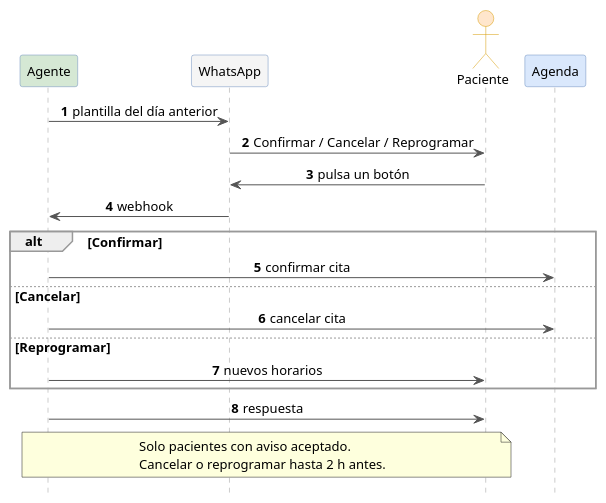
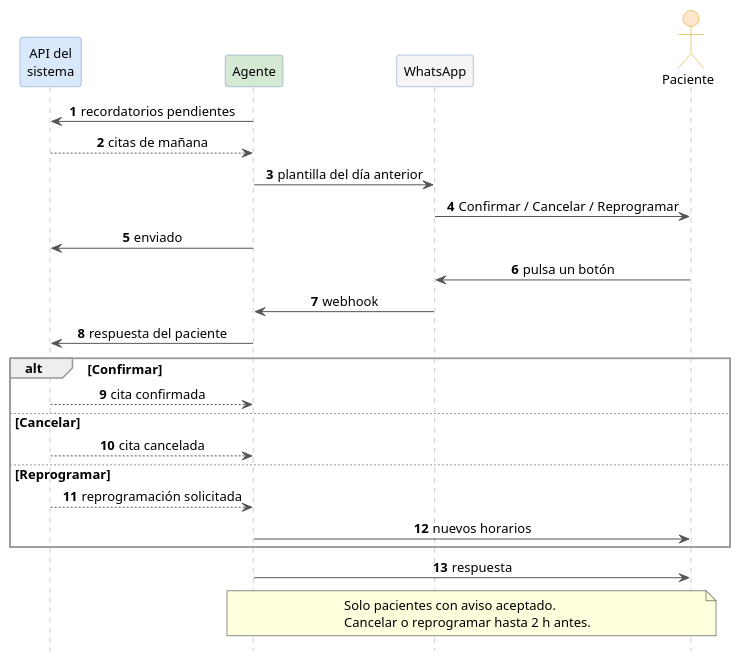
One commit to JaviFiallos/bachelor-latex-thesis changed the diagram in diagramas/plantuml/secuencia_recordatorio.puml. Above: the diagram before and after it, drawn with PlantUML. The commit also changed 71 other files, not shown here.

```diff
--- a/diagramas/plantuml/secuencia_recordatorio.puml
+++ b/diagramas/plantuml/secuencia_recordatorio.puml
@@ -1,37 +1,42 @@
 @startuml secuencia_recordatorio
 skinparam shadowing false
 skinparam backgroundColor white
 skinparam defaultFontName Arial
 skinparam defaultFontSize 13
 skinparam sequenceMessageAlign center
 skinparam ArrowColor #555555
 skinparam sequence {
   LifeLineBorderColor #999999
   ParticipantBorderColor #6C8EBF
   ParticipantBackgroundColor #DAE8FC
   ActorBorderColor #D79B00
   ActorBackgroundColor #FFE6CC
   GroupBorderColor #999999
 }
 autonumber
 hide footbox
 
+participant "API del\nsistema" as API
 participant "Agente" as A #D5E8D4
 participant "WhatsApp" as W #F5F5F5
 actor "Paciente" as P
-participant "Agenda" as G
 
+A -> API : recordatorios pendientes
+API --> A : citas de mañana
 A -> W : plantilla del día anterior
 W -> P : Confirmar / Cancelar / Reprogramar
+A -> API : enviado
 P -> W : pulsa un botón
 W -> A : webhook
+A -> API : respuesta del paciente
 alt Confirmar
-  A -> G : confirmar cita
+  API --> A : cita confirmada
 else Cancelar
-  A -> G : cancelar cita
+  API --> A : cita cancelada
 else Reprogramar
+  API --> A : reprogramación solicitada
   A -> P : nuevos horarios
 end
 A -> P : respuesta
 note over A, P : Solo pacientes con aviso aceptado.\nCancelar o reprogramar hasta 2 h antes.
 @enduml
```
